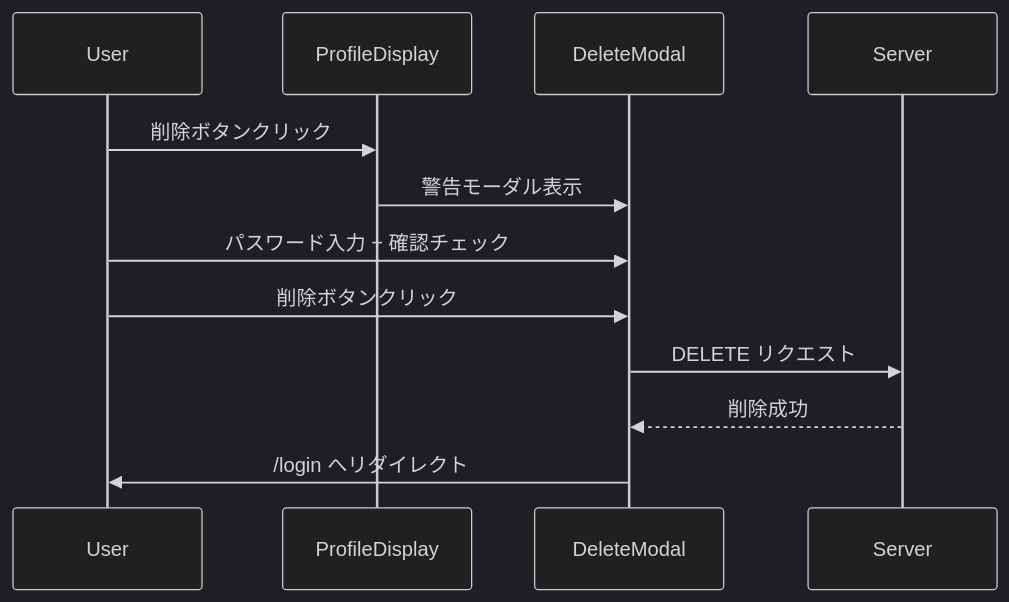
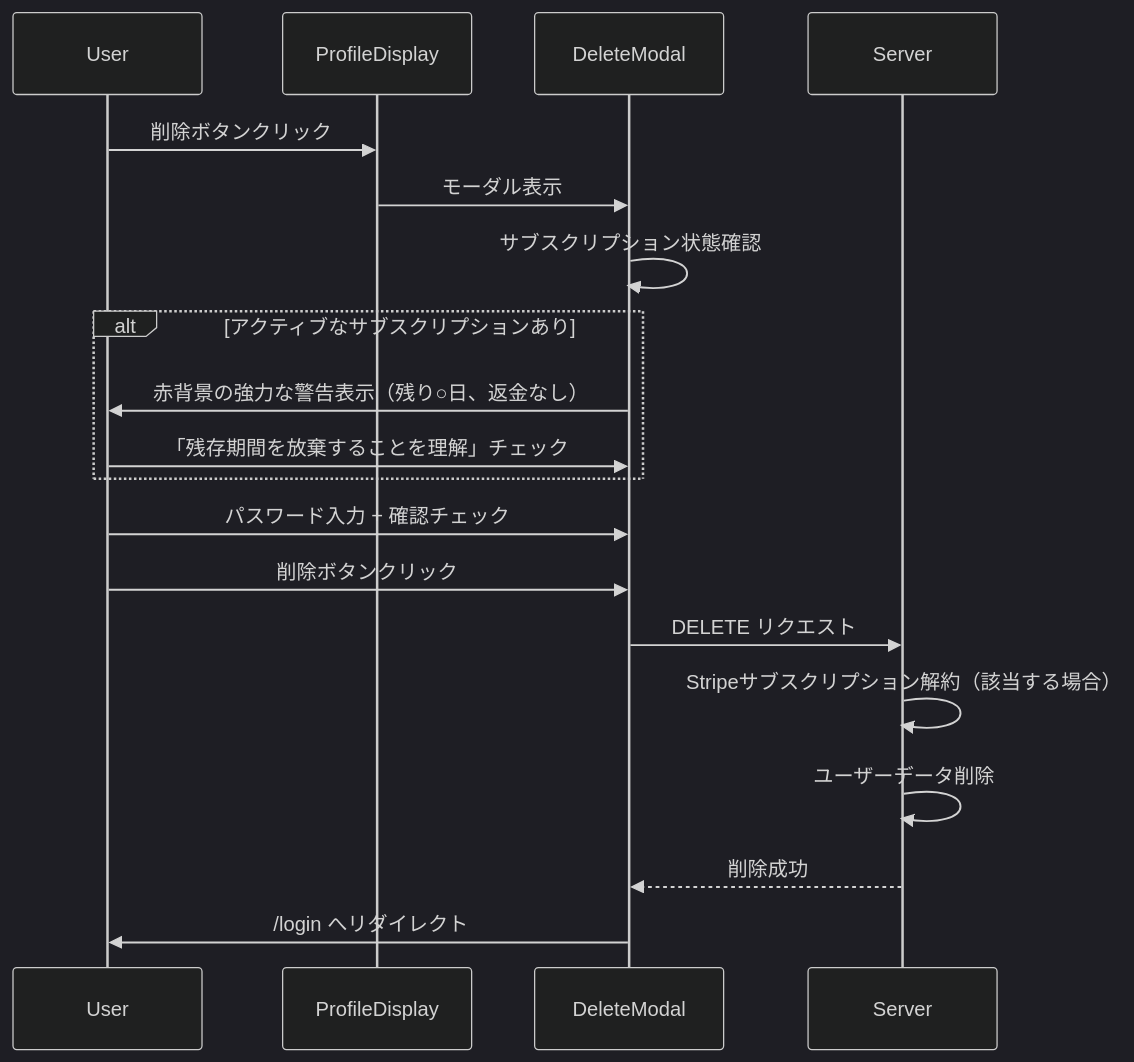
The seventh of 7 diagrams in develop/account/profile/uiux-spec.md (tezuka-Akihiro/ClaudeMix), drawn with Mermaid (dark theme) before and after one commit. The commit also changed other lines of this file and 4 other files, not shown here.

````diff
--- a/develop/account/profile/uiux-spec.md
+++ b/develop/account/profile/uiux-spec.md
@@ -442,15 +460,22 @@
 ```mermaid
 sequenceDiagram
     participant User
     participant ProfileDisplay
     participant DeleteModal
     participant Server
 
     User->>ProfileDisplay: 削除ボタンクリック
-    ProfileDisplay->>DeleteModal: 警告モーダル表示
+    ProfileDisplay->>DeleteModal: モーダル表示
+    DeleteModal->>DeleteModal: サブスクリプション状態確認
+    alt アクティブなサブスクリプションあり
+        DeleteModal->>User: 赤背景の強力な警告表示（残り○日、返金なし）
+        User->>DeleteModal: 「残存期間を放棄することを理解」チェック
+    end
     User->>DeleteModal: パスワード入力 + 確認チェック
     User->>DeleteModal: 削除ボタンクリック
     DeleteModal->>Server: DELETE リクエスト
+    Server->>Server: Stripeサブスクリプション解約（該当する場合）
+    Server->>Server: ユーザーデータ削除
     Server-->>DeleteModal: 削除成功
     DeleteModal->>User: /login へリダイレクト
 ```
````
